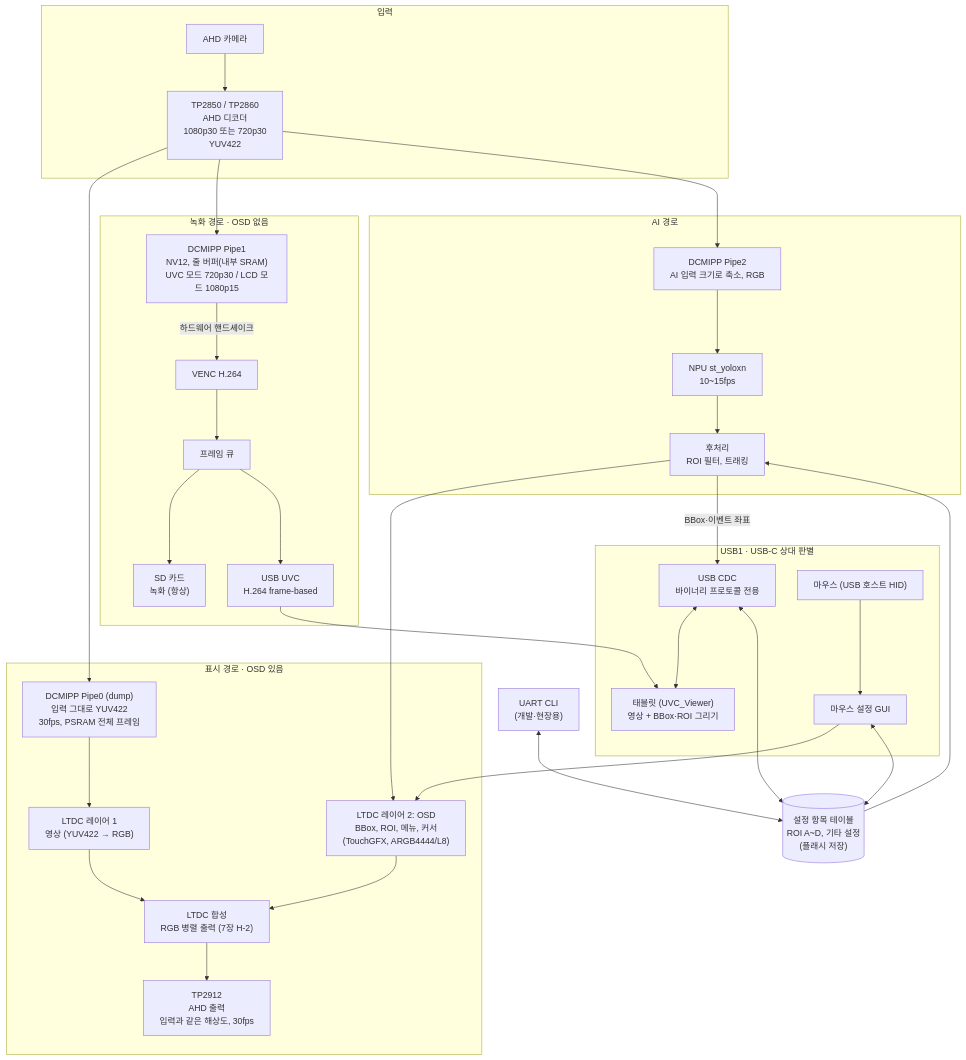
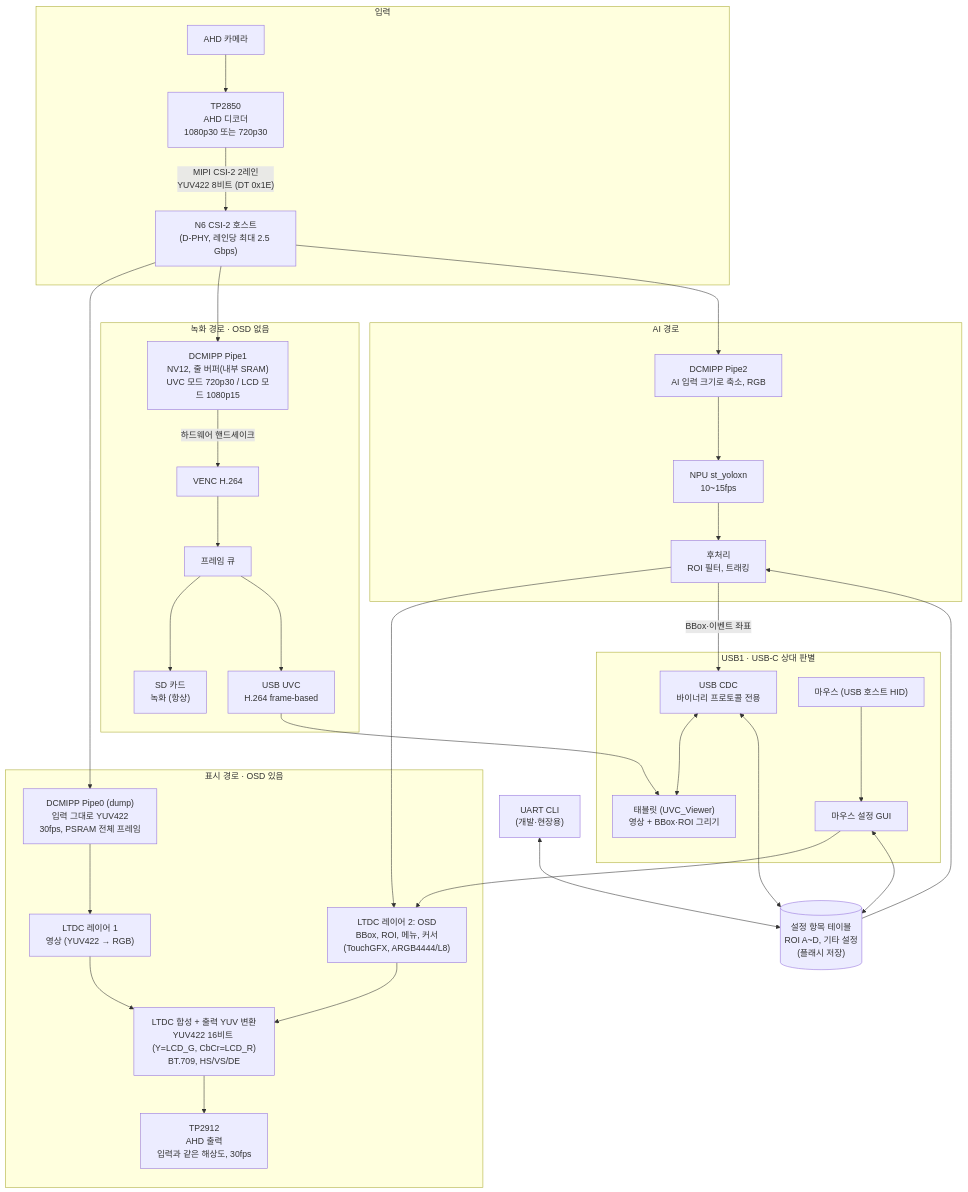
Before and after one commit to Spearhead7/2702_STM32N6_UVC: the diagram in docs/Product Conception.md, drawn with Mermaid. The commit also changed other lines of this file, not shown here.

First line of the commit message:
docs: 제품 구상 - TP2850 MIPI CSI-2 입력, LTDC YUV422 출력

````diff
--- a/docs/Product Conception.md
+++ b/docs/Product Conception.md
@@ -12,45 +12,46 @@
 ```mermaid
 %%{init: {"flowchart": {"rankSpacing": 70, "nodeSpacing": 40}}}%%
 flowchart TB
     subgraph IN[입력]
-        CAM[AHD 카메라] --> DEC["TP2850 / TP2860<br/>AHD 디코더<br/>1080p30 또는 720p30<br/>YUV422"]
+        CAM[AHD 카메라] --> DEC["TP2850<br/>AHD 디코더<br/>1080p30 또는 720p30"]
+        DEC -- "MIPI CSI-2 2레인<br/>YUV422 8비트 (DT 0x1E)" --> CSI["N6 CSI-2 호스트<br/>(D-PHY, 레인당 최대 2.5 Gbps)"]
     end
 
-    DEC --> P0["DCMIPP Pipe0 (dump)<br/>입력 그대로 YUV422<br/>30fps, PSRAM 전체 프레임"]
-    DEC --> P1["DCMIPP Pipe1<br/>NV12, 줄 버퍼(내부 SRAM)<br/>UVC 모드 720p30 / LCD 모드 1080p15"]
-    DEC --> P2["DCMIPP Pipe2<br/>AI 입력 크기로 축소, RGB"]
+    CSI --> P0["DCMIPP Pipe0 (dump)<br/>입력 그대로 YUV422<br/>30fps, PSRAM 전체 프레임"]
+    CSI --> P1["DCMIPP Pipe1<br/>NV12, 줄 버퍼(내부 SRAM)<br/>UVC 모드 720p30 / LCD 모드 1080p15"]
+    CSI --> P2["DCMIPP Pipe2<br/>AI 입력 크기로 축소, RGB"]
 
     subgraph REC[녹화 경로 · OSD 없음]
         P1 -- "하드웨어 핸드셰이크" --> VENC["VENC H.264"]
         VENC --> Q[프레임 큐]
         Q --> SD["SD 카드<br/>녹화 (항상)"]
         Q --> UVC["USB UVC<br/>H.264 frame-based"]
     end
 
     subgraph DISP[표시 경로 · OSD 있음]
         P0 --> L1["LTDC 레이어 1<br/>영상 (YUV422 → RGB)"]
-        L1 --> LTDC["LTDC 합성<br/>RGB 병렬 출력 (7장 H-2)"]
+        L1 --> LTDC["LTDC 합성 + 출력 YUV 변환<br/>YUV422 16비트 (Y=LCD_G, CbCr=LCD_R)<br/>BT.709, HS/VS/DE"]
         OSD["LTDC 레이어 2: OSD<br/>BBox, ROI, 메뉴, 커서<br/>(TouchGFX, ARGB4444/L8)"] --> LTDC
         LTDC --> ENC["TP2912<br/>AHD 출력<br/>입력과 같은 해상도, 30fps"]
     end
 
     subgraph AI[AI 경로]
         P2 --> NPU["NPU st_yoloxn<br/>10~15fps"]
         NPU --> POST["후처리<br/>ROI 필터, 트래킹"]
     end
 
     POST --> OSD
     POST -- "BBox·이벤트 좌표" --> CDC
 
     subgraph USB[USB1 · USB-C 상대 판별]
         UVC --> TAB["태블릿 (UVC_Viewer)<br/>영상 + BBox·ROI 그리기"]
         CDC["USB CDC<br/>바이너리 프로토콜 전용"] <--> TAB
         MOUSE["마우스 (USB 호스트 HID)"] --> GUI[마우스 설정 GUI]
     end
 
     GUI --> OSD
     GUI <--> SET[("설정 항목 테이블<br/>ROI A~D, 기타 설정<br/>(플래시 저장)")]
     CDC <--> SET
     SET --> POST
     UART["UART CLI<br/>(개발·현장용)"] <--> SET
 ```
````
